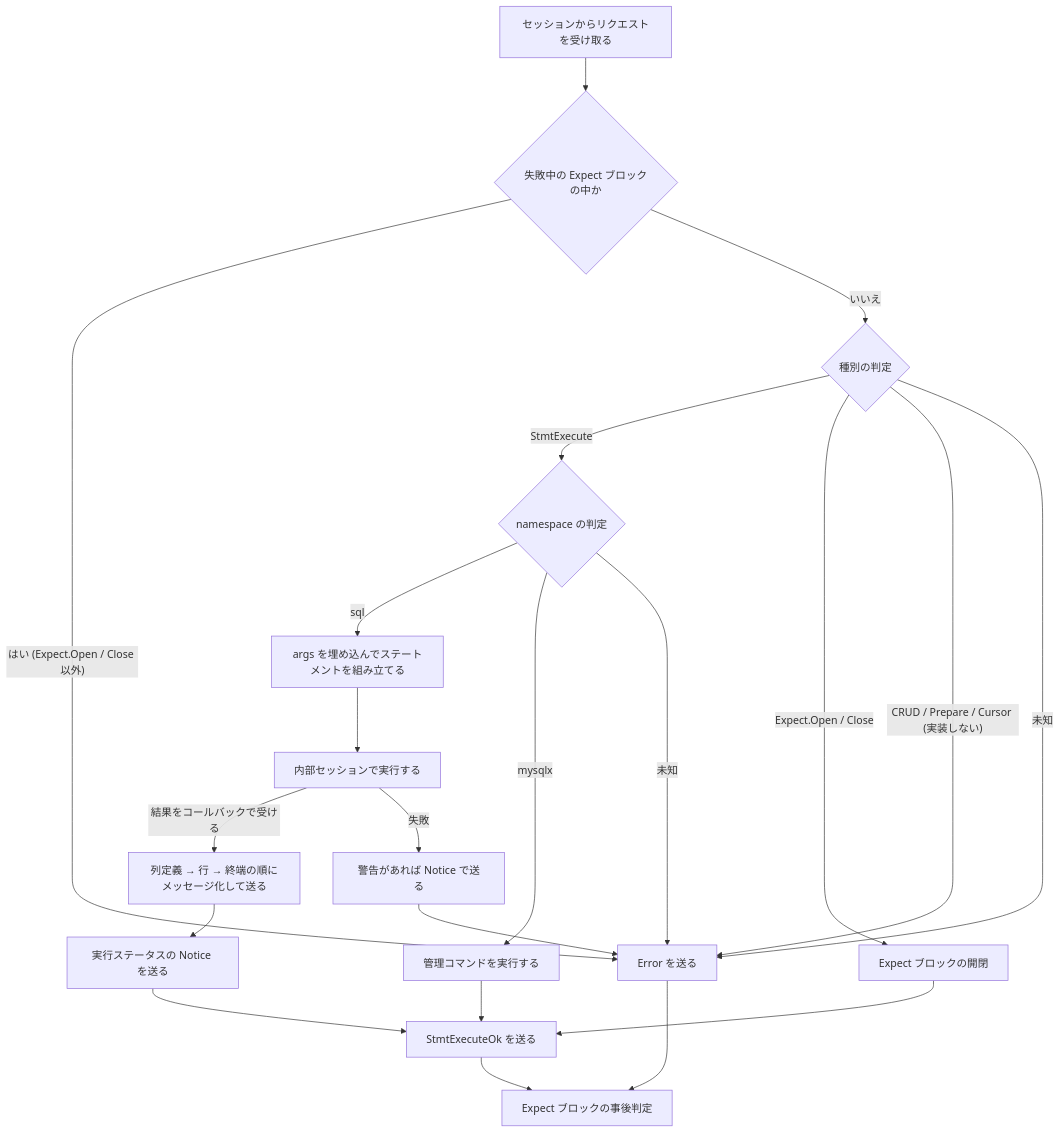
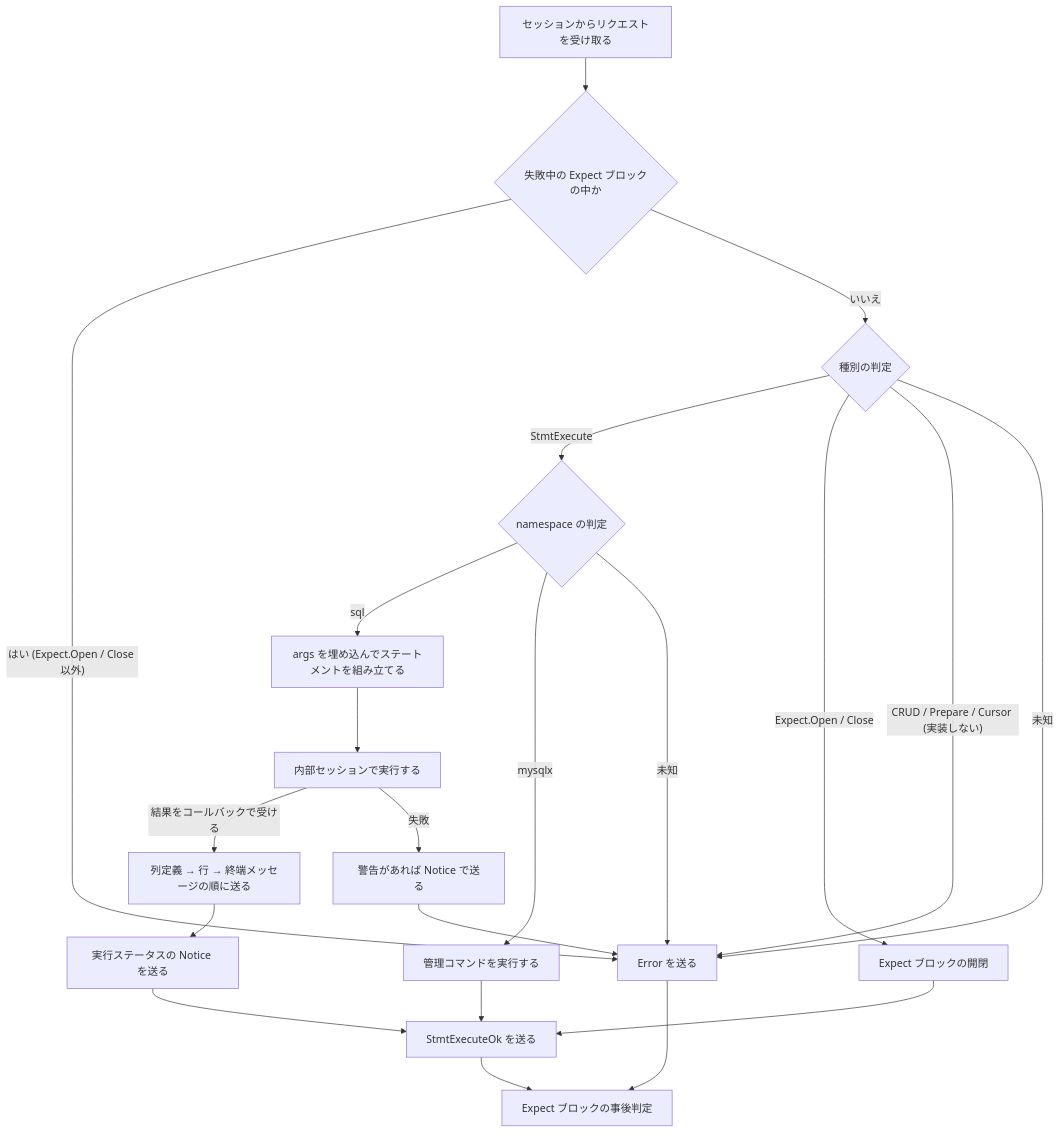
The diagram in docs/specification/dispatcher/command_dispatcher.md (ren-yamanashi/minesql), drawn with Mermaid before and after one commit. The commit also changed other lines of this file and 3 other files, not shown here.

````diff
--- a/docs/specification/dispatcher/command_dispatcher.md
+++ b/docs/specification/dispatcher/command_dispatcher.md
@@ -58,23 +58,23 @@
 ```mermaid
 flowchart TD
     R["セッションからリクエストを受け取る"] --> E1{"失敗中の Expect ブロックの中か"}
     E1 -- "はい (Expect.Open / Close 以外)" --> ERR["Error を送る"]
     E1 -- "いいえ" --> T{"種別の判定"}
     T -- "StmtExecute" --> NS{"namespace の判定"}
     T -- "Expect.Open / Close" --> EX["Expect ブロックの開閉"]
     T -- "CRUD / Prepare / Cursor (実装しない)" --> ERR
     T -- "未知" --> ERR
     NS -- "sql" --> B["args を埋め込んでステートメントを組み立てる"]
     NS -- "mysqlx" --> ADM["管理コマンドを実行する"]
     NS -- "未知" --> ERR
     B --> X["内部セッションで実行する"]
-    X -- "結果をコールバックで受ける" --> S["列定義 → 行 → 終端の順にメッセージ化して送る"]
+    X -- "結果をコールバックで受ける" --> S["列定義 → 行 → 終端メッセージの順に送る"]
     S --> N["実行ステータスの Notice を送る"]
     N --> OK["StmtExecuteOk を送る"]
     X -- "失敗" --> W["警告があれば Notice で送る"]
     W --> ERR
     ADM --> OK
     EX --> OK
     OK --> P["Expect ブロックの事後判定"]
     ERR --> P
 ```
````
